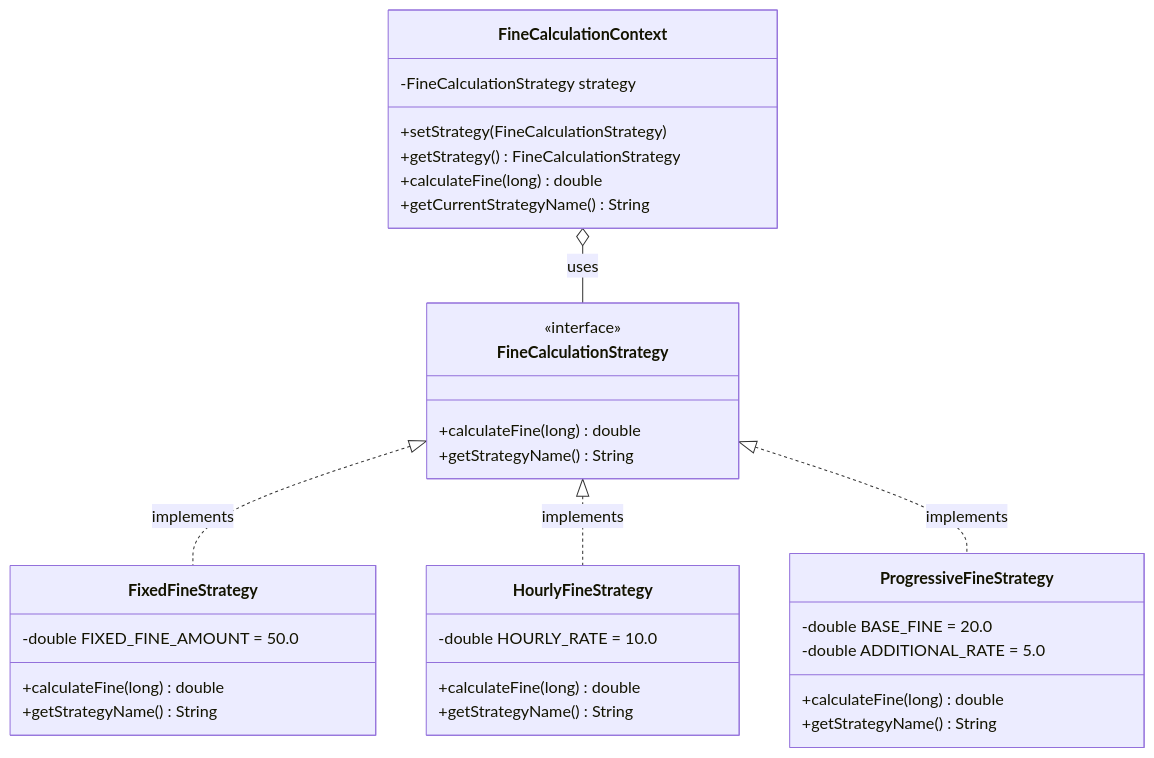
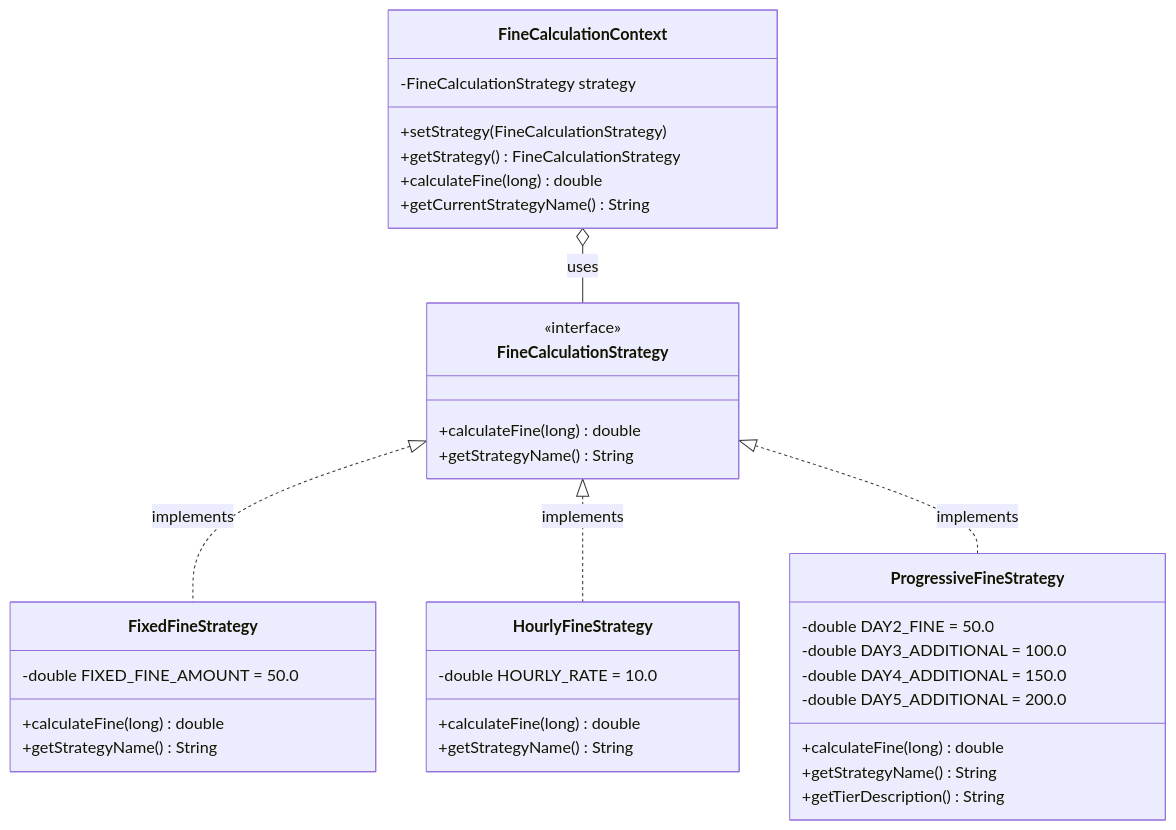
The third of 22 diagrams in UML_DIAGRAMS.md (Jinyuanmak/OOAD-Assignment), drawn with Mermaid before and after one commit. The commit also changed other lines of this file and 17 other files, not shown here.

````diff
--- a/UML_DIAGRAMS.md
+++ b/UML_DIAGRAMS.md
@@ -174,40 +173,43 @@
 ```mermaid
 classDiagram
     class FineCalculationStrategy {
         <<interface>>
         +calculateFine(long) double
         +getStrategyName() String
     }
     
     class FixedFineStrategy {
         -double FIXED_FINE_AMOUNT = 50.0
         +calculateFine(long) double
         +getStrategyName() String
     }
     
     class HourlyFineStrategy {
         -double HOURLY_RATE = 10.0
         +calculateFine(long) double
         +getStrategyName() String
     }
     
     class ProgressiveFineStrategy {
-        -double BASE_FINE = 20.0
-        -double ADDITIONAL_RATE = 5.0
+        -double DAY2_FINE = 50.0
+        -double DAY3_ADDITIONAL = 100.0
+        -double DAY4_ADDITIONAL = 150.0
+        -double DAY5_ADDITIONAL = 200.0
         +calculateFine(long) double
         +getStrategyName() String
+        +getTierDescription() String
     }
     
     class FineCalculationContext {
         -FineCalculationStrategy strategy
         +setStrategy(FineCalculationStrategy)
         +getStrategy() FineCalculationStrategy
         +calculateFine(long) double
         +getCurrentStrategyName() String
     }
     
     FineCalculationStrategy <|.. FixedFineStrategy : implements
     FineCalculationStrategy <|.. HourlyFineStrategy : implements
     FineCalculationStrategy <|.. ProgressiveFineStrategy : implements
     FineCalculationContext o-- FineCalculationStrategy : uses
 ```
````
